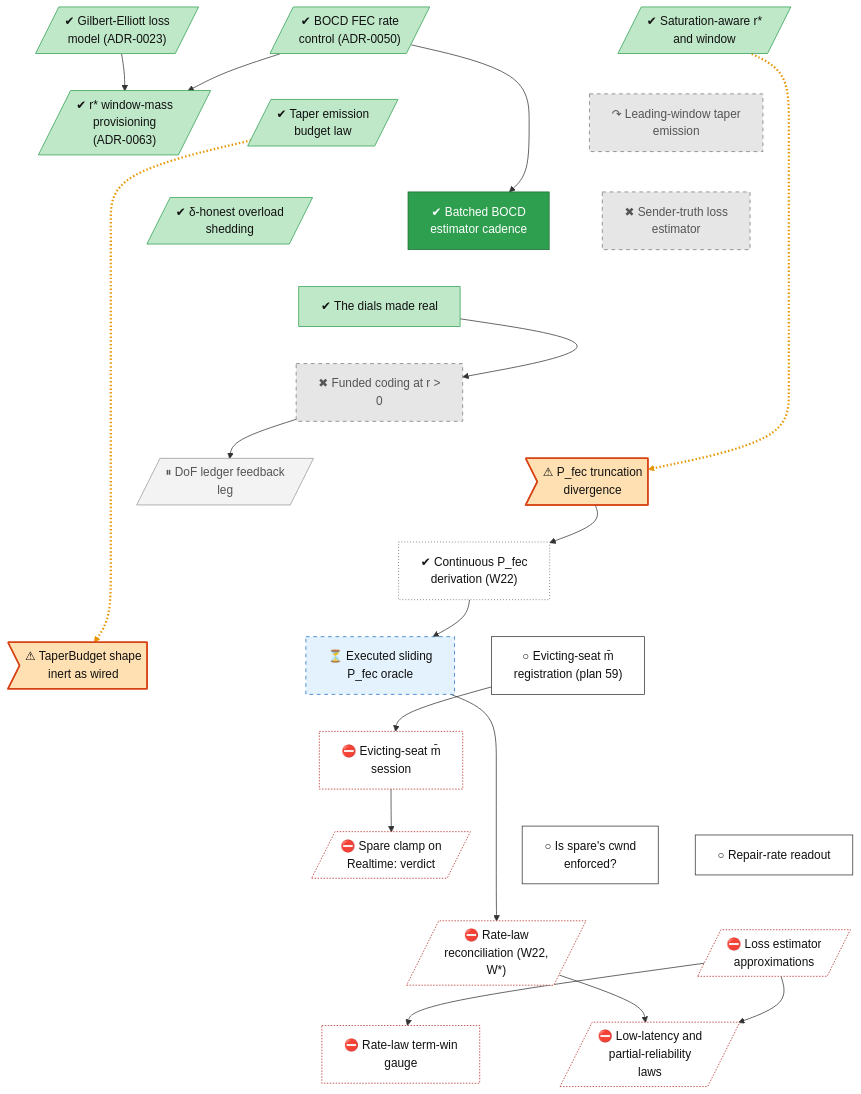
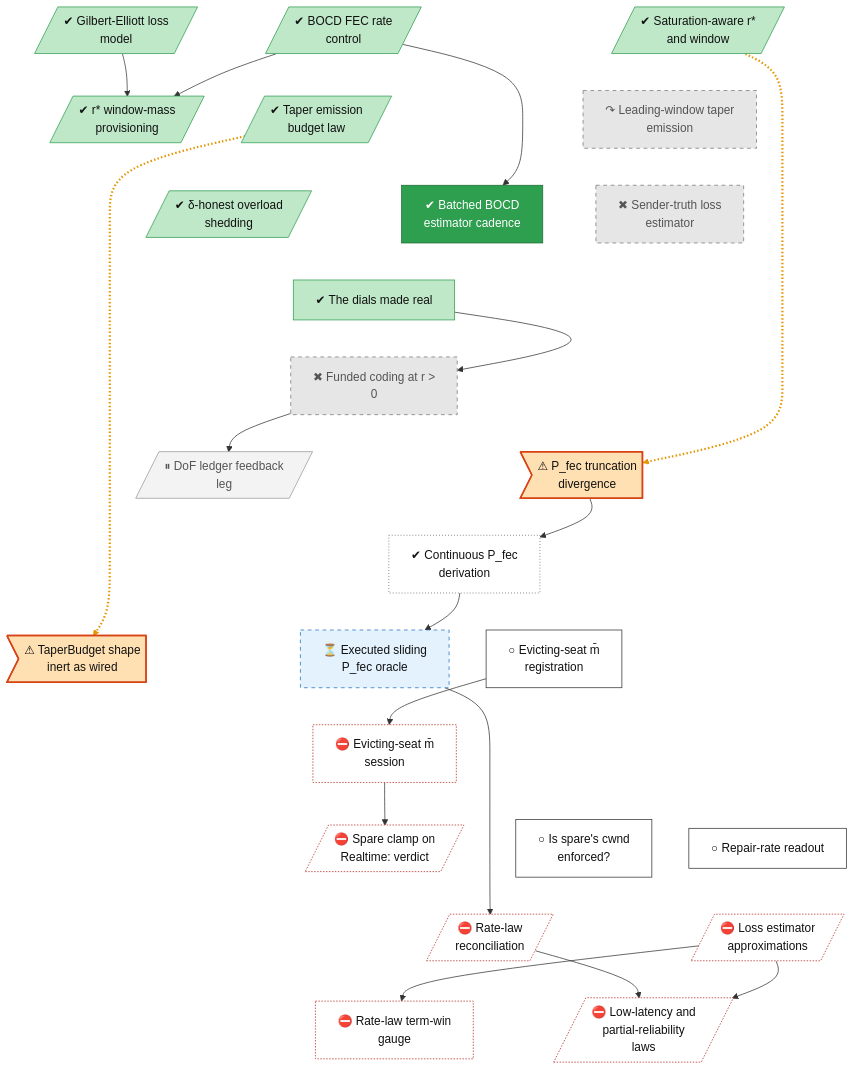
One commit to lhns/raptorpath changed the diagram in docs/roadmap/tracks/rate.md. Above: the diagram before and after it, drawn with Mermaid. The commit also changed other lines of this file and 13 other files, not shown here.

First line of the commit message:
roadmap: titles without internal codes - no ADR numbers, arm and gate names, test-cell names, plan, lever or phase letters; a removed code with no other record is kept in notes

````diff
--- a/docs/roadmap/tracks/rate.md
+++ b/docs/roadmap/tracks/rate.md
@@ -10,9 +10,9 @@
 ```mermaid
 flowchart TB
-    rate_ge_hmm[/"✔ Gilbert-Elliott loss<br/>model (ADR-0023)"/]
-    rate_fec_rate_v1[/"✔ BOCD FEC rate<br/>control (ADR-0050)"/]
+    rate_ge_hmm[/"✔ Gilbert-Elliott loss<br/>model"/]
+    rate_fec_rate_v1[/"✔ BOCD FEC rate<br/>control"/]
     rate_saturation_rstar[/"✔ Saturation-aware r*<br/>and window"/]
-    rate_rstar_window_mass[/"✔ r* window-mass<br/>provisioning<br/>(ADR-0063)"/]
+    rate_rstar_window_mass[/"✔ r* window-mass<br/>provisioning"/]
     rate_taper_r[/"✔ Taper emission<br/>budget law"/]
     rate_leading_taper["↷ Leading-window taper<br/>emission"]
     rate_unified_shed[/"✔ δ-honest overload<br/>shedding"/]
@@ -22,15 +22,15 @@
     rate_r_battery["✖ Funded coding at r #gt;<br/>0"]
     rate_dof_ledger[/"⏸ DoF ledger feedback<br/>leg"/]
     rate_defect_pfec>"⚠ P_fec truncation<br/>divergence"]
-    rate_pfec_continuous["✔ Continuous P_fec<br/>derivation (W22)"]
+    rate_pfec_continuous["✔ Continuous P_fec<br/>derivation"]
     rate_pfec_oracle["⏳ Executed sliding<br/>P_fec oracle"]
     rate_defect_taper_inert>"⚠ TaperBudget shape<br/>inert as wired"]
-    rate_evict_registration["○ Evicting-seat m̄<br/>registration (plan 59)"]
+    rate_evict_registration["○ Evicting-seat m̄<br/>registration"]
     rate_evict_session["⛔ Evicting-seat m̄<br/>session"]
     rate_spare_clamp_verdict[/"⛔ Spare clamp on<br/>Realtime: verdict"/]
     rate_spare_cwnd["○ Is spare's cwnd<br/>enforced?"]
     rate_fix_rate_readout["○ Repair-rate readout"]
-    rate_law_reconcile[/"⛔ Rate-law<br/>reconciliation (W22,<br/>W*)"/]
+    rate_law_reconcile[/"⛔ Rate-law<br/>reconciliation"/]
     rate_fix_estimators[/"⛔ Loss estimator<br/>approximations"/]
     rate_fix_term_gauge["⛔ Rate-law term-win<br/>gauge"]
     rate_fix_rho_realtime[/"⛔ Low-latency and<br/>partial-reliability<br/>laws"/]
````
